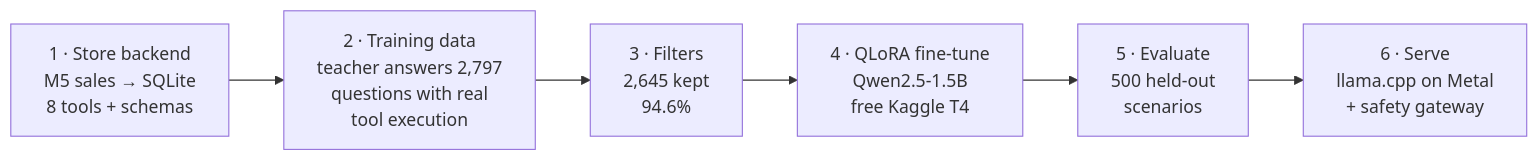
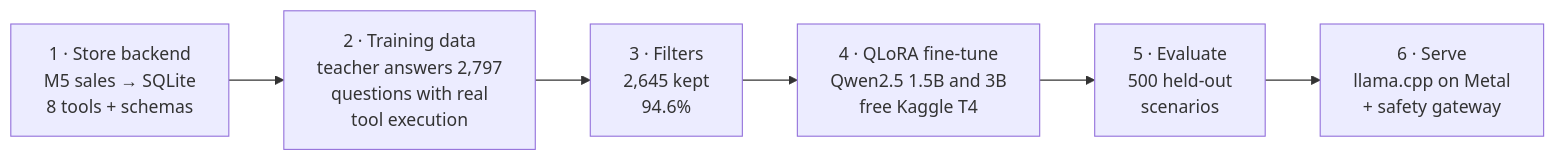
Before and after one commit to meanderinghuman/storeops-copilot: the second of 2 diagrams in README.md, drawn with Mermaid. The commit also changed other lines of this file and 3 other files, not shown here.

````diff
--- a/README.md
+++ b/README.md
@@ -103,8 +105,8 @@
 ```mermaid
 flowchart LR
   A[1 · Store backend<br/>M5 sales → SQLite<br/>8 tools + schemas] --> B[2 · Training data<br/>teacher answers 2,797<br/>questions with real<br/>tool execution]
   B --> C[3 · Filters<br/>2,645 kept<br/>94.6%]
-  C --> D[4 · QLoRA fine-tune<br/>Qwen2.5-1.5B<br/>free Kaggle T4]
+  C --> D[4 · QLoRA fine-tune<br/>Qwen2.5 1.5B and 3B<br/>free Kaggle T4]
   D --> E[5 · Evaluate<br/>500 held-out<br/>scenarios]
   E --> F[6 · Serve<br/>llama.cpp on Metal<br/>+ safety gateway]
 ```
````
